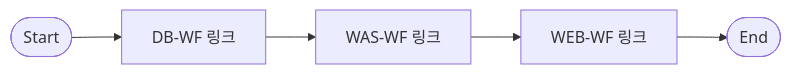
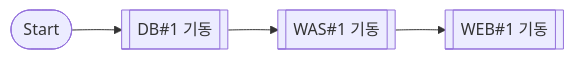
One commit to ai-uzoogom/MDRM_manual changed the diagram in docs/day3/MDRM_워크플로우_그룹.md. Above: the diagram before and after it, drawn with Mermaid. The commit also changed other lines of this file and 10 other files, not shown here.

````diff
--- a/docs/day3/MDRM_워크플로우_그룹.md
+++ b/docs/day3/MDRM_워크플로우_그룹.md
@@ -38,7 +38,6 @@
 ```mermaid
 graph LR
-    Start([Start]) --> DB[DB-WF 링크]
-    DB --> WAS[WAS-WF 링크]
-    WAS --> WEB[WEB-WF 링크]
-    WEB --> End([End])
+    Start([Start]) --> DB[[DB#1 기동]]
+    DB --> WAS[[WAS#1 기동]]
+    WAS --> WEB[[WEB#1 기동]]
 ```
````
